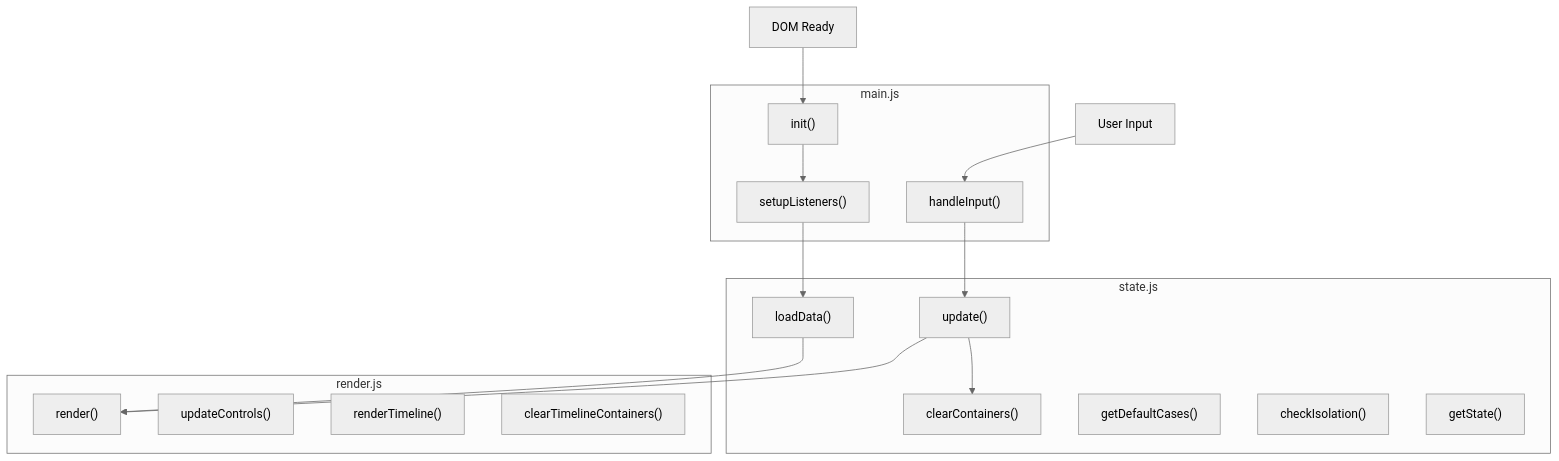
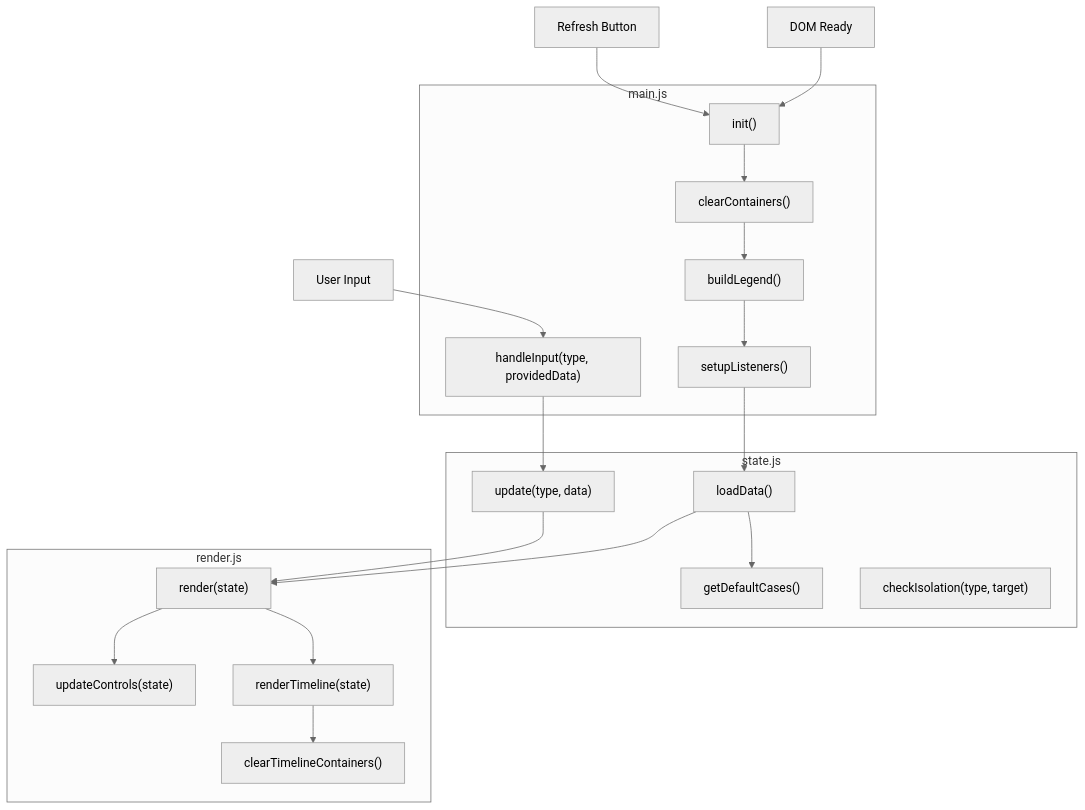
The diagram in Resources/js-v2/architecture.md (tdemelle-SiP/bakers_pond), drawn with Mermaid (neutral theme) before and after one commit. The commit also changed other lines of this file and 3 other files, not shown here.

````diff
--- a/Resources/js-v2/architecture.md
+++ b/Resources/js-v2/architecture.md
@@ -1,35 +8,45 @@
 ```mermaid
 graph TD
     DOM["DOM Ready"] --> init
+    User["User Input"] --> handleInput
+    Refresh["Refresh Button"] --> init
     
-    subgraph main.js
+    subgraph "main.js"
         init["init()"]
+        buildLegend["buildLegend()"]
+        clearContainers["clearContainers()"]
         setupListeners["setupListeners()"]
-        handleInput["handleInput()"]
+        handleInput["handleInput(type, providedData)"]
     end
     
-    subgraph state.js
+    subgraph "state.js"
         loadData["loadData()"]
-        update["update()"]
-        clearContainers["clearContainers()"]
+        update["update(type, data)"]
         getDefaultCases["getDefaultCases()"]
-        checkIsolation["checkIsolation()"]
-        getState["getState()"]
+        checkIsolation["checkIsolation(type, target)"]
     end
     
-    subgraph render.js
-        render["render()"]
-        updateControls["updateControls()"]
-        renderTimeline["renderTimeline()"]
+    subgraph "render.js"
+        render["render(state)"]
+        updateControls["updateControls(state)"]
+        renderTimeline["renderTimeline(state)"]
         clearTimelineContainers["clearTimelineContainers()"]
     end
     
-    init --> setupListeners
+    %% Main.js connections
+    init --> clearContainers
+    clearContainers --> buildLegend
+    buildLegend --> setupListeners
     setupListeners --> loadData
     handleInput --> update
-    update --> clearContainers
+    
+    %% State.js connections
+    loadData --> getDefaultCases
     loadData --> render
     update --> render
     
-    User["User Input"] --> handleInput
+    %% Render.js connections
+    render --> updateControls
+    render --> renderTimeline
+    renderTimeline --> clearTimelineContainers
 ```
````
